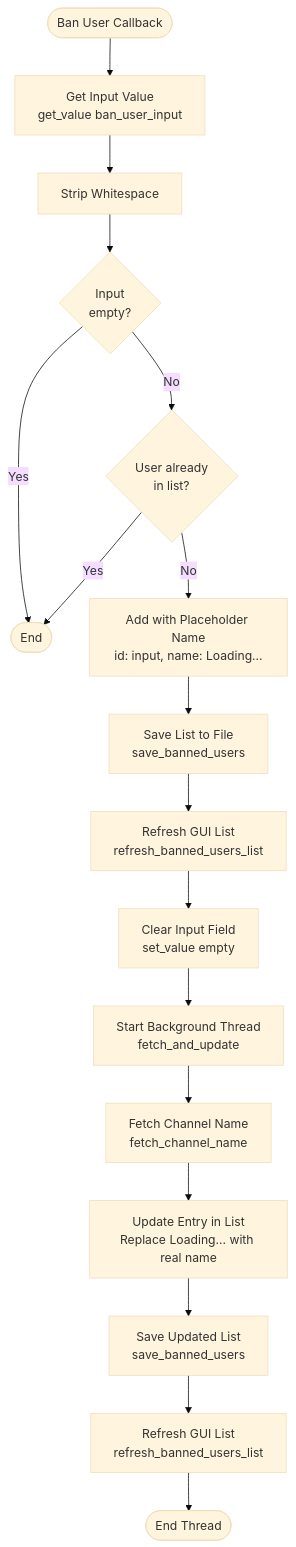
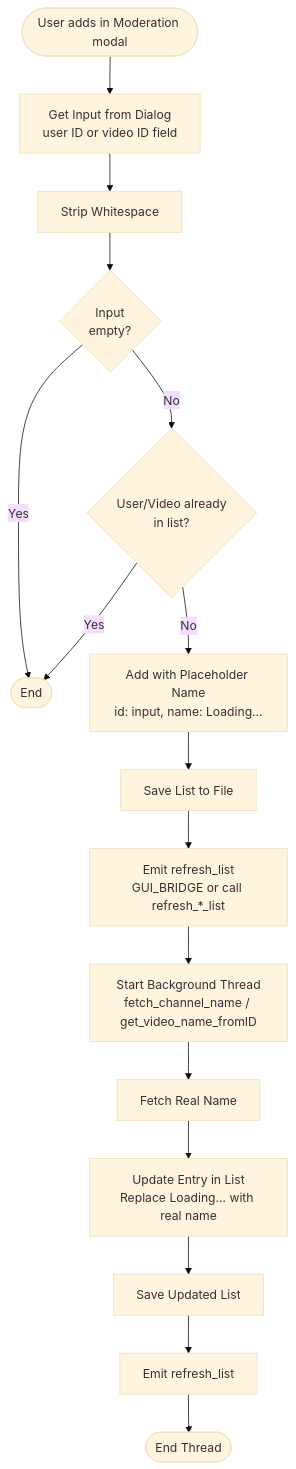
Before and after one commit to StroepWafel/LYTE: diagram 11 of 12 in PROGRAM_FLOW.md, drawn with Mermaid (base theme). The commit also changed other lines of this file and 19 other files, not shown here.

````diff
--- a/PROGRAM_FLOW.md
+++ b/PROGRAM_FLOW.md
@@ -349,21 +343,20 @@
 ```mermaid
 flowchart TD
-    Start([Ban User Callback]) --> GetInput[Get Input Value<br/>get_value ban_user_input]
+    Start([User adds in Moderation modal]) --> GetInput[Get Input from Dialog<br/>user ID or video ID field]
     GetInput --> StripInput[Strip Whitespace]
     StripInput --> CheckEmpty{Input<br/>empty?}
     CheckEmpty -->|Yes| End([End])
-    CheckEmpty -->|No| CheckExists{User already<br/>in list?}
+    CheckEmpty -->|No| CheckExists{User/Video already<br/>in list?}
     
     CheckExists -->|Yes| End
     CheckExists -->|No| AddPlaceholder[Add with Placeholder Name<br/>id: input, name: Loading...]
-    AddPlaceholder --> SaveList[Save List to File<br/>save_banned_users]
-    SaveList --> RefreshGUI[Refresh GUI List<br/>refresh_banned_users_list]
-    RefreshGUI --> ClearInput[Clear Input Field<br/>set_value empty]
-    ClearInput --> StartThread[Start Background Thread<br/>fetch_and_update]
+    AddPlaceholder --> SaveList[Save List to File]
+    SaveList --> EmitRefresh[Emit refresh_list<br/>GUI_BRIDGE or call refresh_*_list]
+    EmitRefresh --> StartThread[Start Background Thread<br/>fetch_channel_name / get_video_name_fromID]
     
-    StartThread --> FetchName[Fetch Channel Name<br/>fetch_channel_name]
+    StartThread --> FetchName[Fetch Real Name]
     FetchName --> UpdateEntry[Update Entry in List<br/>Replace Loading... with real name]
-    UpdateEntry --> SaveList2[Save Updated List<br/>save_banned_users]
-    SaveList2 --> RefreshGUI2[Refresh GUI List<br/>refresh_banned_users_list]
-    RefreshGUI2 --> EndThread([End Thread])
+    UpdateEntry --> SaveList2[Save Updated List]
+    SaveList2 --> EmitRefresh2[Emit refresh_list]
+    EmitRefresh2 --> EndThread([End Thread])
 ```
````
